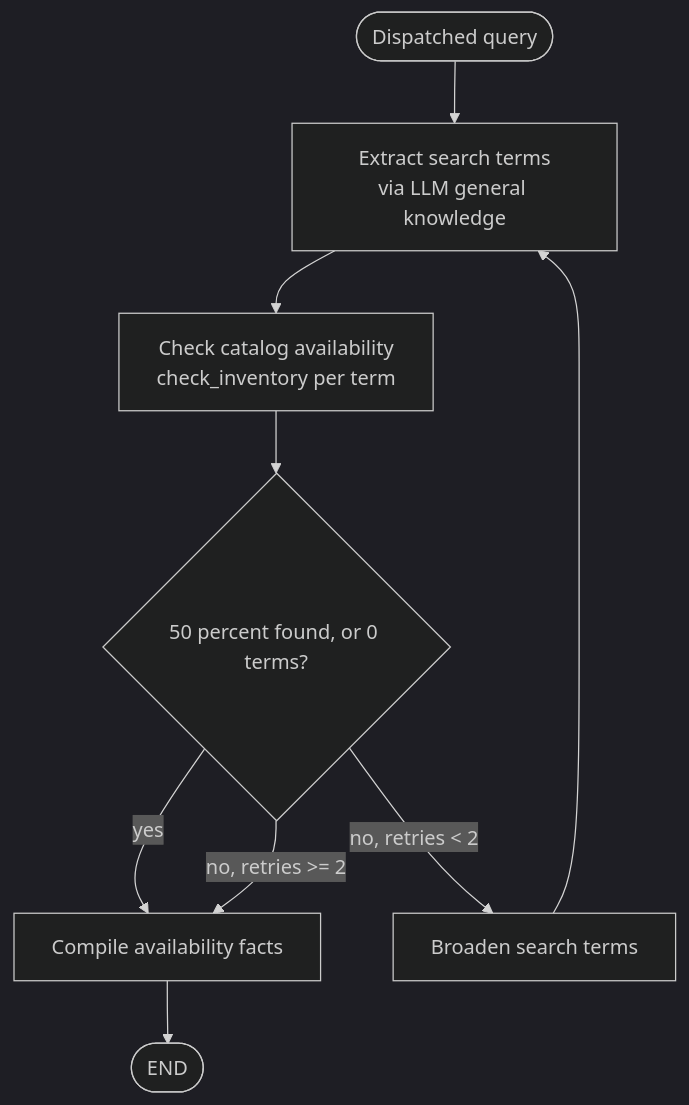
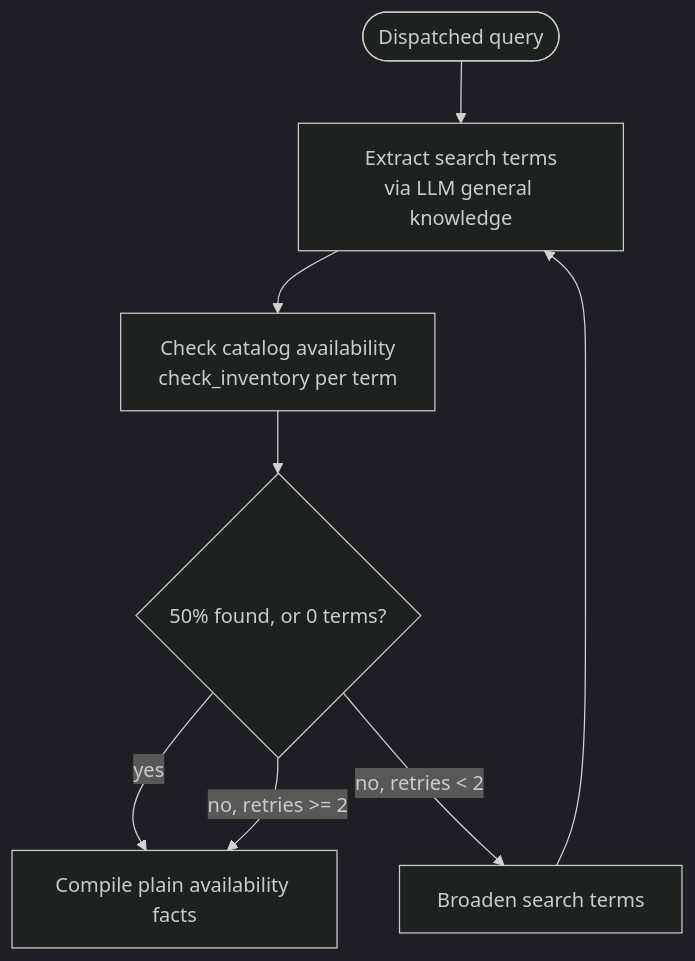
The sixth of 7 diagrams in README.md (nirajp728/quick-commerce-agentic-ai), drawn with Mermaid (dark theme) before and after one commit. The commit also changed other lines of this file, not shown here.

````diff
--- a/README.md
+++ b/README.md
@@ -185,10 +192,9 @@
 ```mermaid
 flowchart TD
     START([Dispatched query]) --> EXTRACT[Extract search terms<br/>via LLM general knowledge]
     EXTRACT --> SEARCH[Check catalog availability<br/>check_inventory per term]
-    SEARCH --> ROUTE{50 percent found, or 0 terms?}
-    ROUTE -->|yes| COMPILE[Compile availability facts]
+    SEARCH --> ROUTE{50% found, or 0 terms?}
+    ROUTE -->|yes| COMPILE[Compile plain availability facts]
     ROUTE -->|no, retries < 2| REFLECT[Broaden search terms] --> EXTRACT
     ROUTE -->|no, retries >= 2| COMPILE
-    COMPILE --> END([END])
 ```
````
